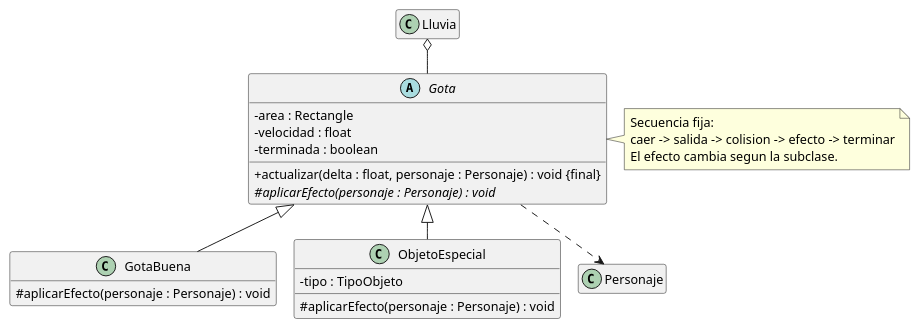
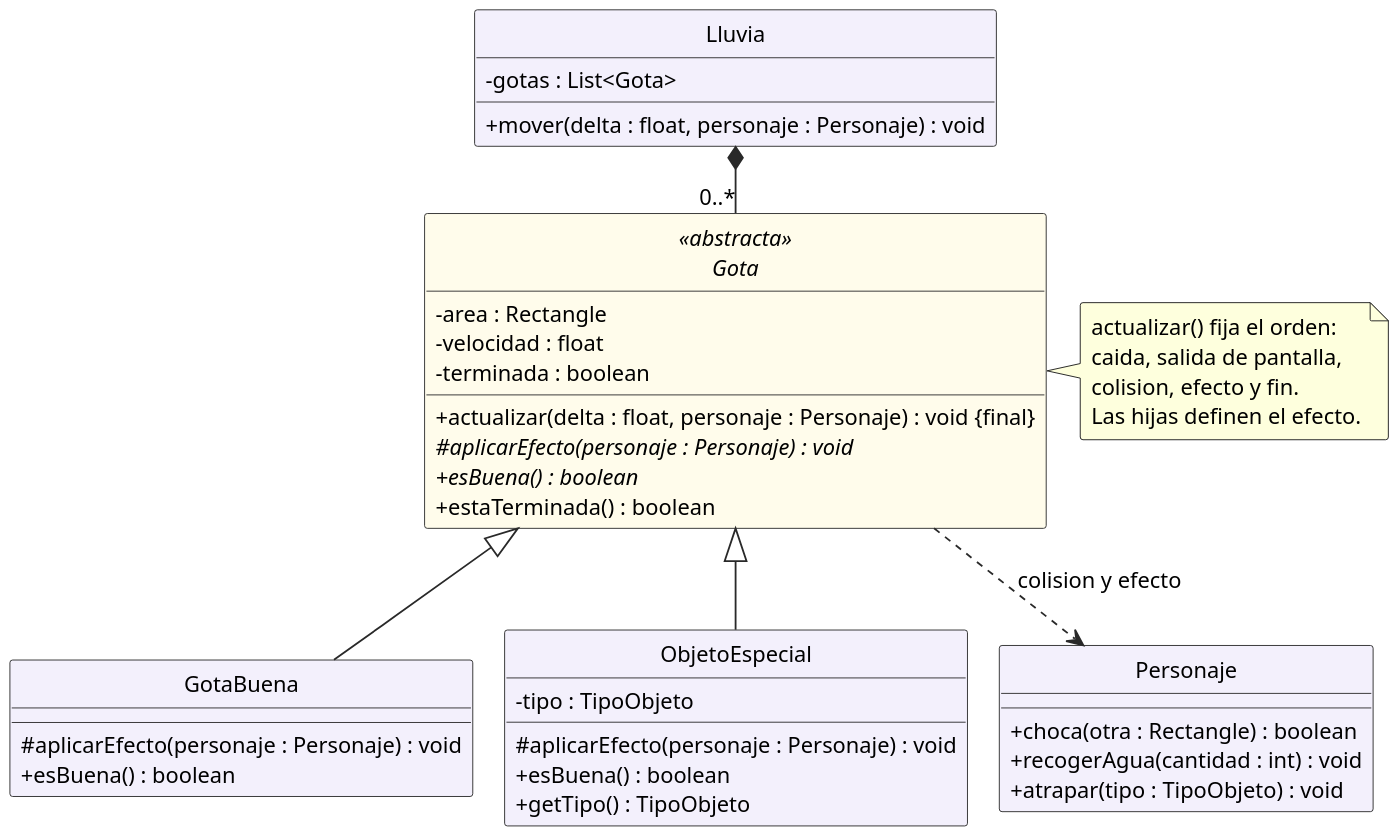
The fourth of 5 diagrams in docs/REPORTE.md (maverick1006/Proyecto-Game-LLuvia-), drawn with PlantUML before and after one commit. The commit also changed other lines of this file and 38 other files, not shown here.

Commit message:
Revisa pauta y documentos del equipo con UML detallados y guias de apertura

````diff
--- a/docs/REPORTE.md
+++ b/docs/REPORTE.md
@@ -376,36 +464,58 @@
 ```plantuml
 @startuml
 !pragma layout smetana
 skinparam backgroundColor white
 skinparam shadowing false
 skinparam classAttributeIconSize 0
-skinparam defaultFontName SansSerif
-skinparam defaultFontSize 13
-hide empty members
-abstract class Gota {
+skinparam defaultFontName Courier New
+skinparam defaultFontSize 12
+skinparam dpi 180
+skinparam roundcorner 3
+skinparam ArrowColor #292929
+skinparam classBorderColor #292929
+skinparam classBackgroundColor #F3F0FC
+skinparam classBackgroundColor<<abstracta>> #FFFCEB
+skinparam classBackgroundColor<<interfaz>> #F0FAF0
+skinparam classBackgroundColor<<LibGDX>> #EAF3FB
+hide circle
+abstract class Gota <<abstracta>> {
  - area : Rectangle
  - velocidad : float
  - terminada : boolean
  + actualizar(delta : float, personaje : Personaje) : void {final}
  # {abstract} aplicarEfecto(personaje : Personaje) : void
+ + {abstract} esBuena() : boolean
+ + estaTerminada() : boolean
 }
 class GotaBuena {
  # aplicarEfecto(personaje : Personaje) : void
+ + esBuena() : boolean
 }
 class ObjetoEspecial {
  - tipo : TipoObjeto
  # aplicarEfecto(personaje : Personaje) : void
+ + esBuena() : boolean
+ + getTipo() : TipoObjeto
 }
-class Lluvia
-class Personaje
 Gota <|-- GotaBuena
 Gota <|-- ObjetoEspecial
-Lluvia o-- Gota
-Gota ..> Personaje
+class Lluvia {
+ - gotas : List<Gota>
+ + mover(delta : float, personaje : Personaje) : void
+}
+class Personaje {
+ + choca(otra : Rectangle) : boolean
+ + recogerAgua(cantidad : int) : void
+ + atrapar(tipo : TipoObjeto) : void
+}
+Lluvia *-- "0..*" Gota
+Gota ..> Personaje : colision y efecto
 note right of Gota
-Secuencia fija:
-caer -> salida -> colision -> efecto -> terminar
-El efecto cambia segun la subclase.
+actualizar() fija el orden:
+caida, salida de pantalla,
+colision, efecto y fin.
+Las hijas definen el efecto.
 end note
+
 @enduml
 ```
````
